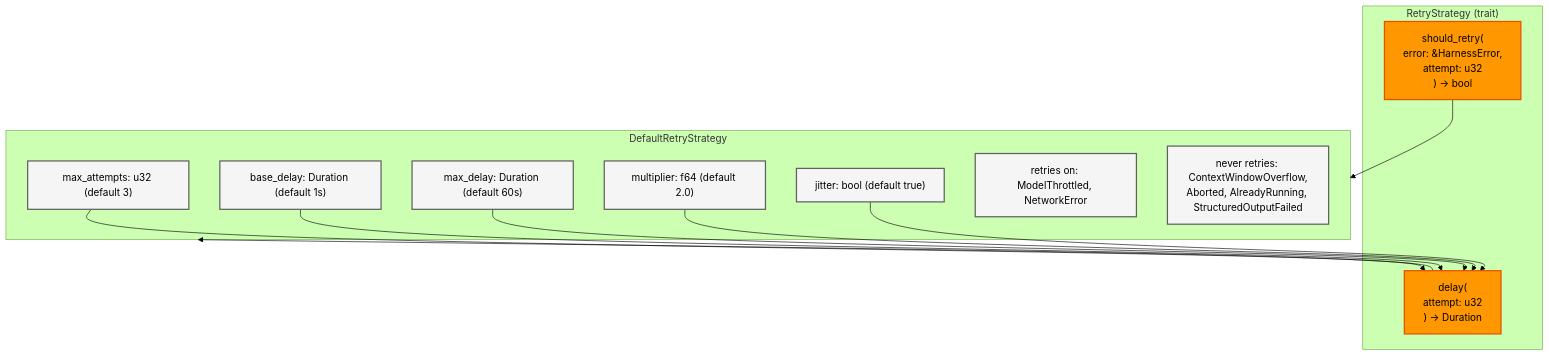
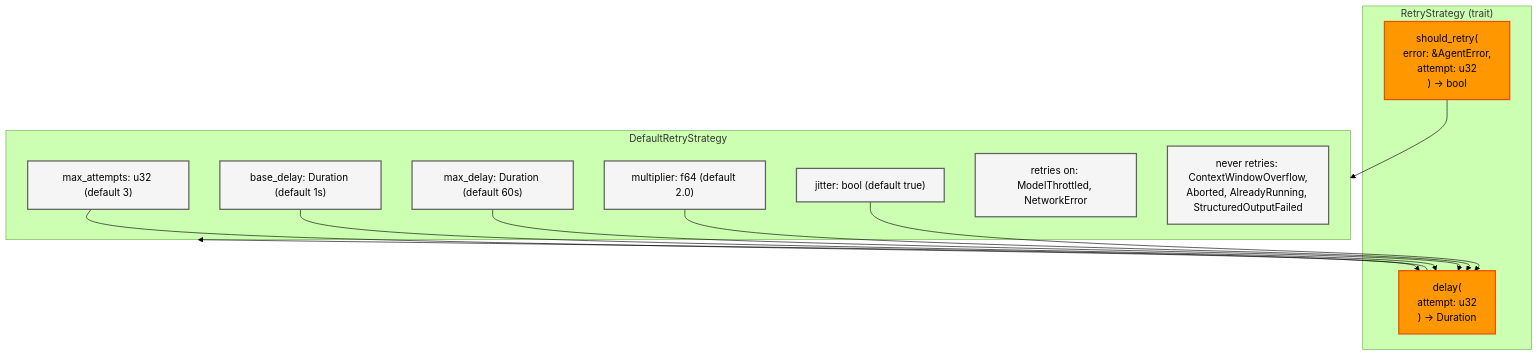
One commit to SuperSwinkAI/Swink-Agent changed the third of 5 diagrams in docs/architecture/error-handling/README.md. Above: the diagram before and after it, drawn with Mermaid (forest theme). The commit also changed other lines of this file and 58 other files, not shown here.

First line of the commit message:
Rename project from agent-harness to swink-agent

````diff
--- a/docs/architecture/error-handling/README.md
+++ b/docs/architecture/error-handling/README.md
@@ -112,31 +112,31 @@
 ```mermaid
 flowchart TB
     subgraph Trait["RetryStrategy (trait)"]
-        ShouldRetry["should_retry(<br/>  error: &HarnessError,<br/>  attempt: u32<br/>) → bool"]
+        ShouldRetry["should_retry(<br/>  error: &AgentError,<br/>  attempt: u32<br/>) → bool"]
         Delay["delay(<br/>  attempt: u32<br/>) → Duration"]
     end
 
     subgraph Default["DefaultRetryStrategy"]
         MaxAttempts["max_attempts: u32 (default 3)"]
         BaseDelay["base_delay: Duration (default 1s)"]
         MaxDelay["max_delay: Duration (default 60s)"]
         Multiplier["multiplier: f64 (default 2.0)"]
         Jitter["jitter: bool (default true)"]
         RetryOn["retries on: ModelThrottled, NetworkError"]
         NeverOn["never retries: ContextWindowOverflow,<br/>Aborted, AlreadyRunning, StructuredOutputFailed"]
     end
 
     ShouldRetry --> Default
     Delay --> Default
     MaxAttempts --> Delay
     BaseDelay --> Delay
     MaxDelay --> Delay
     Multiplier --> Delay
     Jitter --> Delay
 
     classDef traitStyle fill:#ff9800,stroke:#e65100,stroke-width:2px,color:#000
     classDef defaultStyle fill:#f5f5f5,stroke:#616161,stroke-width:2px,color:#000
 
     class ShouldRetry,Delay traitStyle
     class MaxAttempts,BaseDelay,MaxDelay,Multiplier,Jitter,RetryOn,NeverOn defaultStyle
 ```
````
